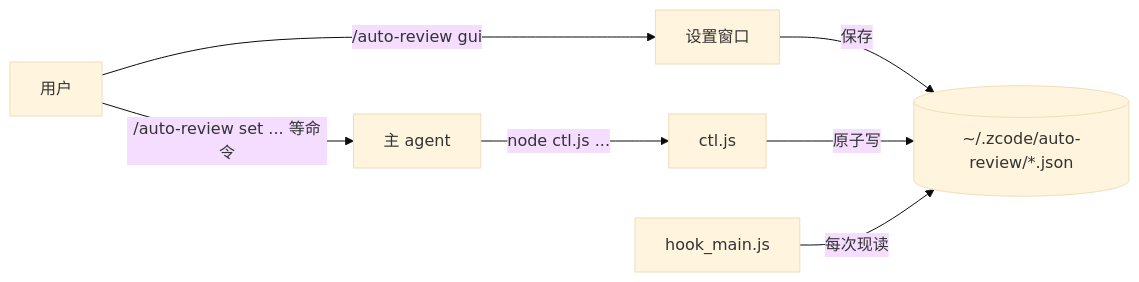
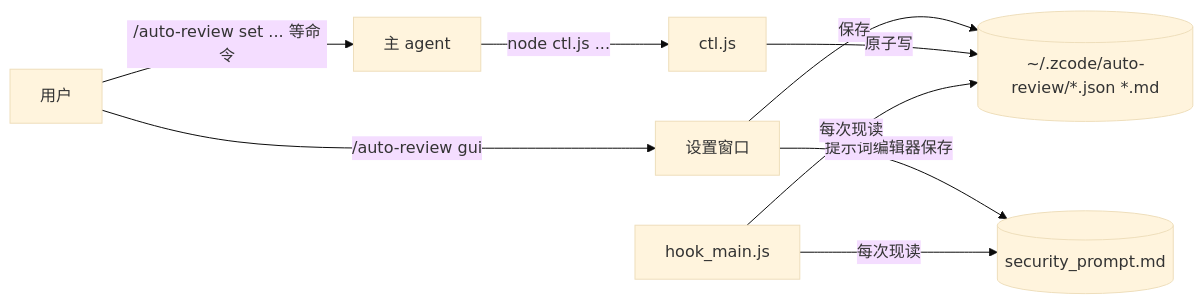
One commit to zrny1/Auto-Review-For-Zcode changed the second of 3 diagrams in docs/project_wiki/02_开发文档/模块运行流程图.md. Above: the diagram before and after it, drawn with Mermaid (base theme). The commit also changed other lines of this file and 16 other files, not shown here.

````diff
--- a/docs/project_wiki/02_开发文档/模块运行流程图.md
+++ b/docs/project_wiki/02_开发文档/模块运行流程图.md
@@ -53,9 +54,11 @@
 ```mermaid
 flowchart LR
     U[用户] -->|"/auto-review gui"| W[设置窗口]
     U -->|"/auto-review set ... 等命令"| C[主 agent]
-    W -->|保存| D[(~/.zcode/auto-review/*.json)]
+    W -->|保存| D[(~/.zcode/auto-review/*.json *.md)]
+    W -->|提示词编辑器保存| PM[(security_prompt.md)]
     C -->|"node ctl.js ..."| S[ctl.js]
     S -->|原子写| D
     H[hook_main.js] -->|每次现读| D
+    H -->|每次现读| PM
 ```
````
